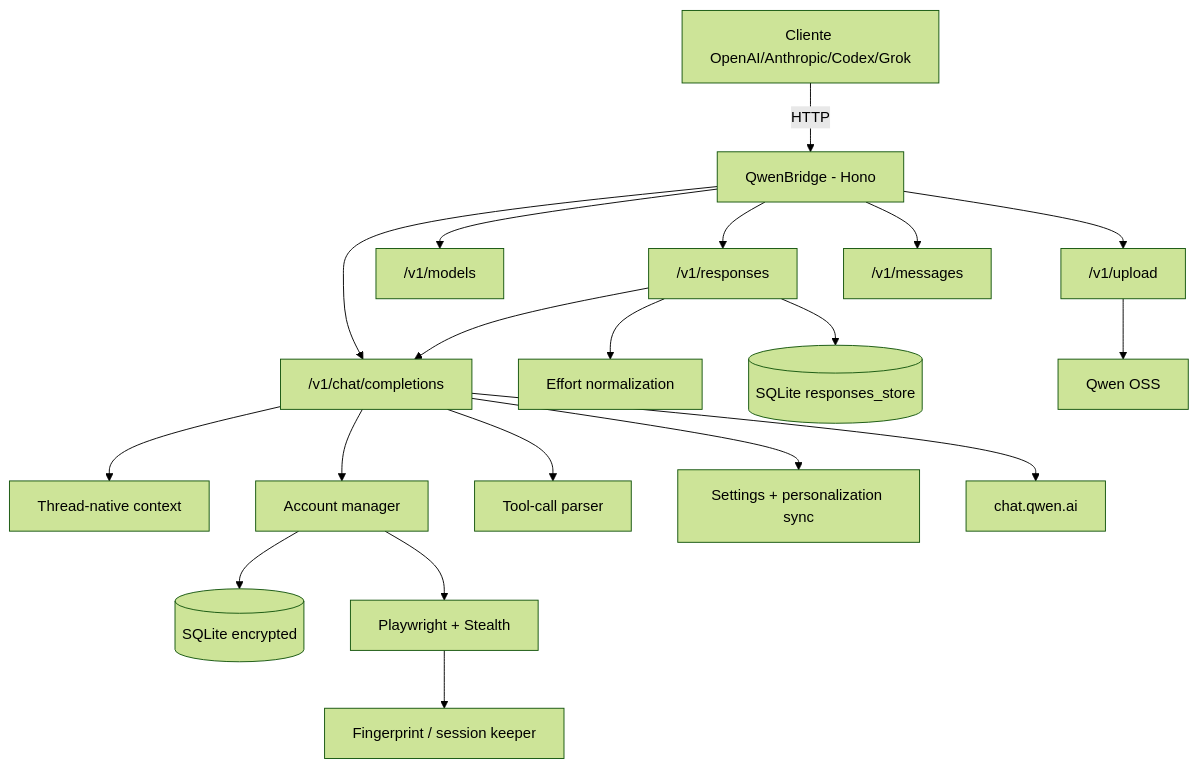
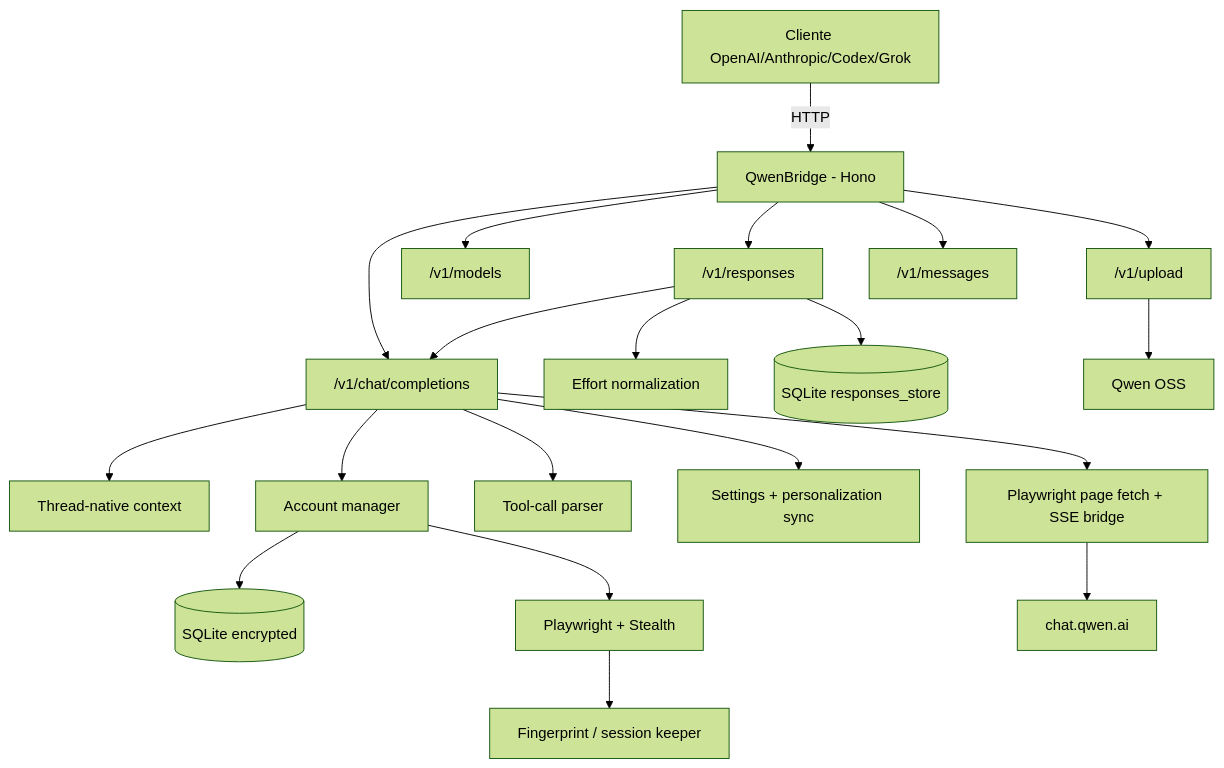
The diagram in README.md (dougllassillva27/qwenbridge-dodo), drawn with Mermaid (forest theme) before and after one commit. The commit also changed other lines of this file and 89 other files, not shown here.

````diff
--- a/README.md
+++ b/README.md
@@ -34,21 +39,22 @@
 ```mermaid
 flowchart TD
     Client["Cliente OpenAI/Anthropic/Codex/Grok"] -->|HTTP| Proxy["QwenBridge - Hono"]
     Proxy --> Chat["/v1/chat/completions"]
     Proxy --> Responses["/v1/responses"]
     Proxy --> Models["/v1/models"]
     Proxy --> Upload["/v1/upload"]
     Proxy --> Anthropic["/v1/messages"]
     Chat --> Context["Thread-native context"]
     Responses --> Chat
     Responses --> Effort["Effort normalization"]
     Responses --> State[("SQLite responses_store")]
     Chat --> Accounts["Account manager"]
     Accounts --> DB[("SQLite encrypted")]
     Accounts --> Playwright["Playwright + Stealth"]
     Playwright --> Fingerprint["Fingerprint / session keeper"]
     Chat --> Parser["Tool-call parser"]
     Chat --> Personalization["Settings + personalization sync"]
-    Chat --> Qwen["chat.qwen.ai"]
+    Chat --> BrowserTransport["Playwright page fetch + SSE bridge"]
+    BrowserTransport --> Qwen["chat.qwen.ai"]
     Upload --> OSS["Qwen OSS"]
 ```
````
